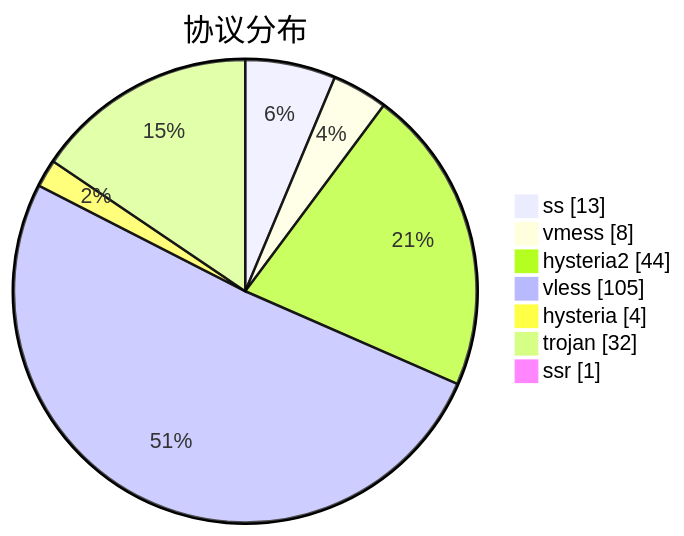
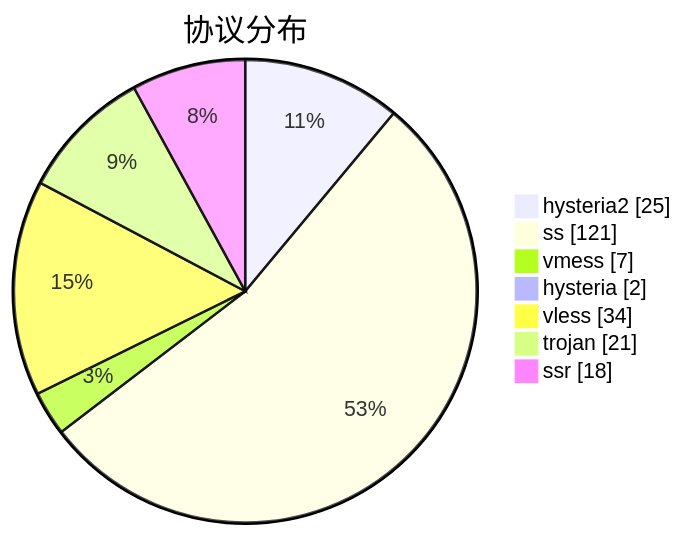
One commit to sinspired/airport changed the third of 3 diagrams in subs/statistics/tested_within.md. Above: the diagram before and after it, drawn with Mermaid. The commit also changed other lines of this file and 2 other files, not shown here.

````diff
--- a/subs/statistics/tested_within.md
+++ b/subs/statistics/tested_within.md
@@ -36,11 +38,11 @@
 ```mermaid
 pie showData
 title 协议分布
-"ss" : 13
-"vmess" : 8
-"hysteria2" : 44
-"vless" : 105
-"hysteria" : 4
-"trojan" : 32
-"ssr" : 1
+"hysteria2" : 25
+"ss" : 121
+"vmess" : 7
+"hysteria" : 2
+"vless" : 34
+"trojan" : 21
+"ssr" : 18
 ```
````
